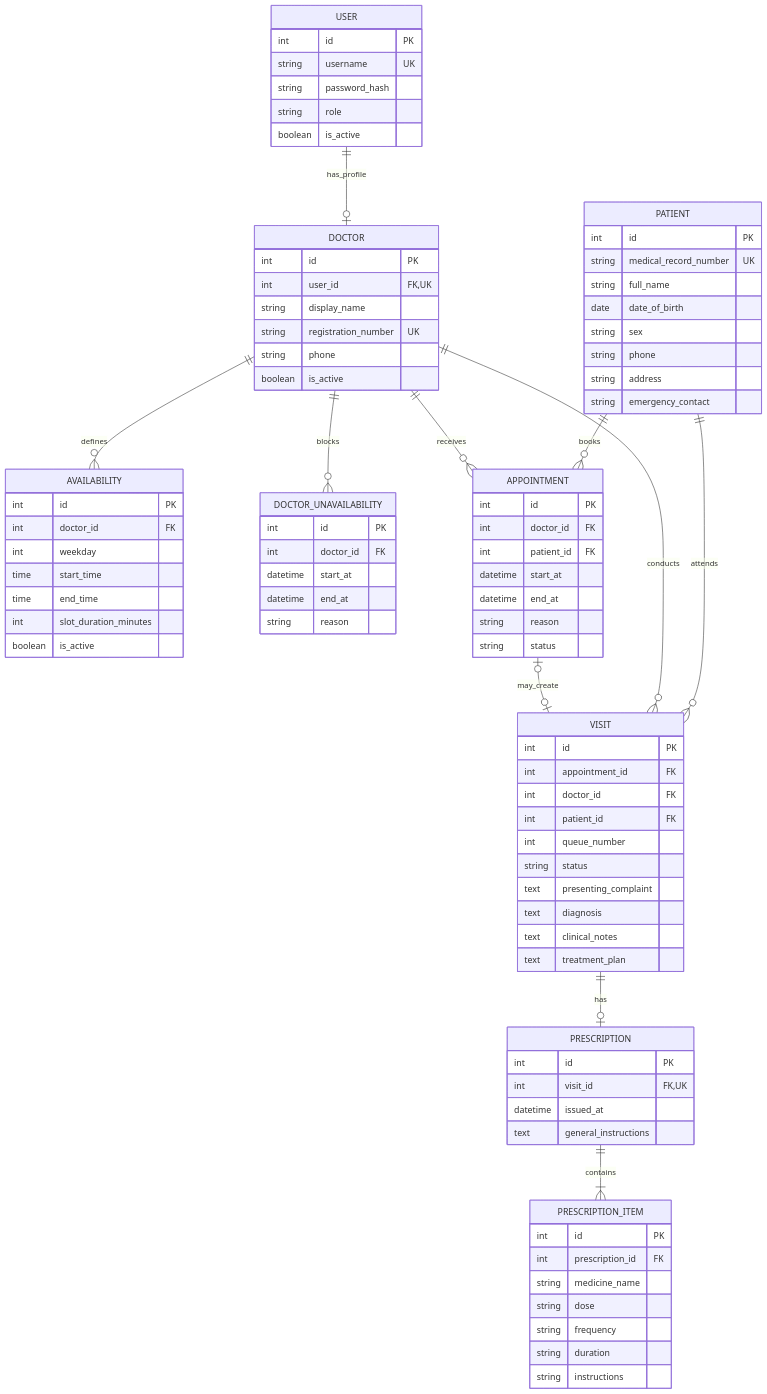
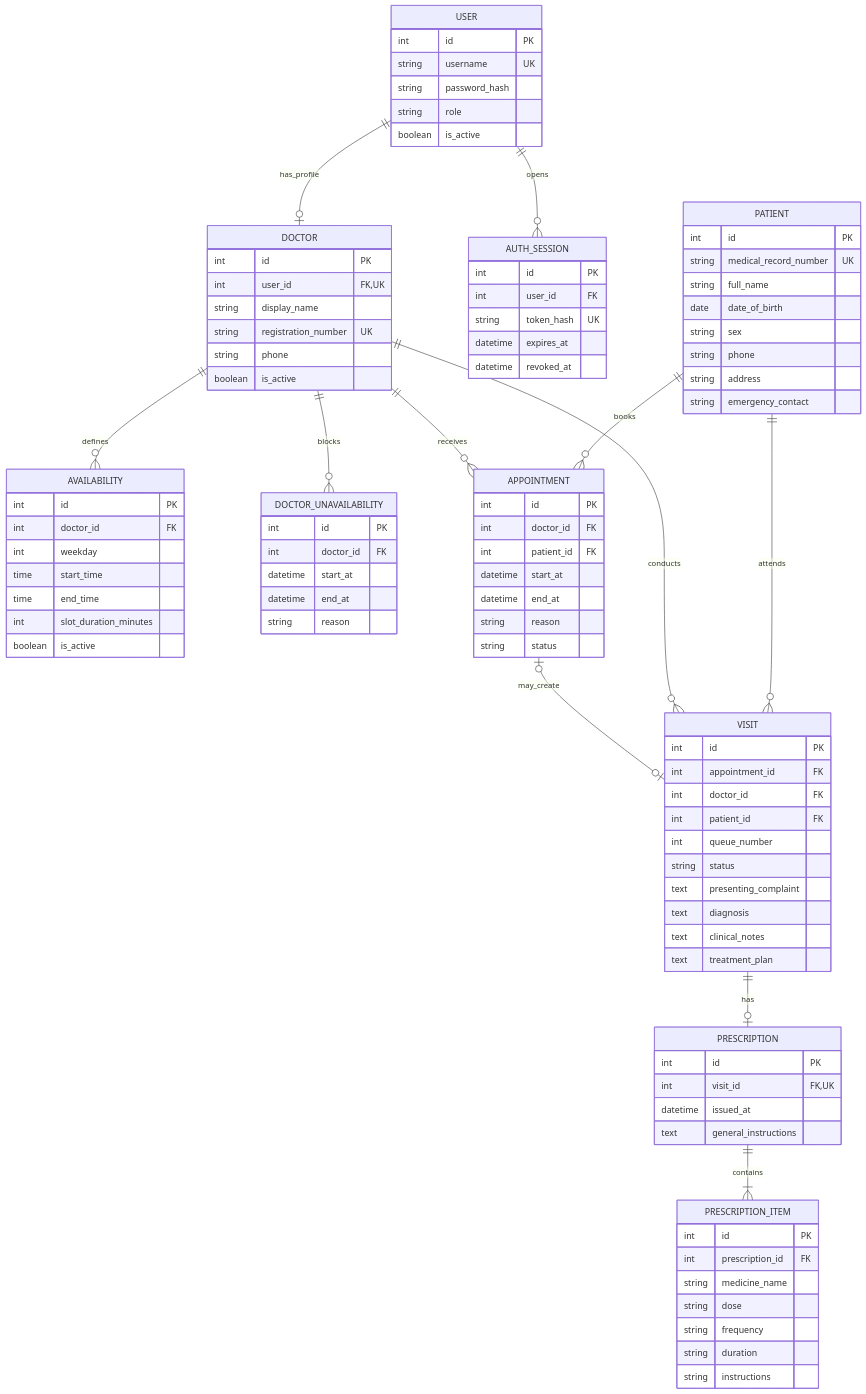
The diagram in medical-clinic-erd.mmd (vidurukalpana/medical-clinic-management-web-app), drawn with Mermaid before and after one commit. The commit also changed 27 other files, not shown here.

```diff
--- a/medical-clinic-erd.mmd
+++ b/medical-clinic-erd.mmd
@@ -1,97 +1,106 @@
 erDiagram
     USER ||--o| DOCTOR : has_profile
+    USER ||--o{ AUTH_SESSION : opens
     DOCTOR ||--o{ AVAILABILITY : defines
     DOCTOR ||--o{ DOCTOR_UNAVAILABILITY : blocks
     DOCTOR ||--o{ APPOINTMENT : receives
     PATIENT ||--o{ APPOINTMENT : books
     APPOINTMENT o|--o| VISIT : may_create
     DOCTOR ||--o{ VISIT : conducts
     PATIENT ||--o{ VISIT : attends
     VISIT ||--o| PRESCRIPTION : has
     PRESCRIPTION ||--|{ PRESCRIPTION_ITEM : contains
 
     USER {
         int id PK
         string username UK
         string password_hash
         string role
         boolean is_active
+    }
+
+    AUTH_SESSION {
+        int id PK
+        int user_id FK
+        string token_hash UK
+        datetime expires_at
+        datetime revoked_at
     }
 
     DOCTOR {
         int id PK
         int user_id FK, UK
         string display_name
         string registration_number UK
         string phone
         boolean is_active
     }
 
     PATIENT {
         int id PK
         string medical_record_number UK
         string full_name
         date date_of_birth
         string sex
         string phone
         string address
         string emergency_contact
     }
 
     AVAILABILITY {
         int id PK
         int doctor_id FK
         int weekday
         time start_time
         time end_time
         int slot_duration_minutes
         boolean is_active
     }
 
     DOCTOR_UNAVAILABILITY {
         int id PK
         int doctor_id FK
         datetime start_at
         datetime end_at
         string reason
     }
 
     APPOINTMENT {
         int id PK
         int doctor_id FK
         int patient_id FK
         datetime start_at
         datetime end_at
         string reason
         string status
     }
 
     VISIT {
         int id PK
         int appointment_id FK
         int doctor_id FK
         int patient_id FK
         int queue_number
         string status
         text presenting_complaint
         text diagnosis
         text clinical_notes
         text treatment_plan
     }
 
     PRESCRIPTION {
         int id PK
         int visit_id FK, UK
         datetime issued_at
         text general_instructions
     }
 
     PRESCRIPTION_ITEM {
         int id PK
         int prescription_id FK
         string medicine_name
         string dose
         string frequency
         string duration
         string instructions
     }
```
